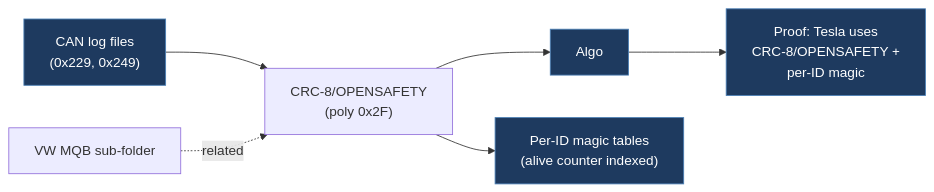
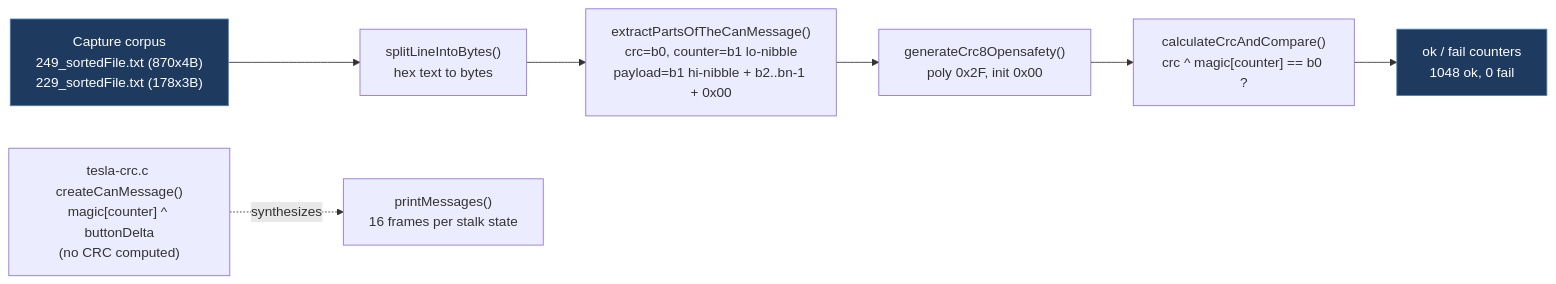
Before and after one commit to babico/TeslaCANModder: the diagram in docs/legacy/uhi22-tesla-crc.md, drawn with Mermaid. The commit also changed other lines of this file and 99 other files, not shown here.

````diff
--- a/docs/legacy/uhi22-tesla-crc.md
+++ b/docs/legacy/uhi22-tesla-crc.md
@@ -19,10 +71,11 @@
 ```mermaid
 flowchart LR
-    Log["CAN log files<br/>(0x229, 0x249)"] --> C["C analysis toolkit"]
-    C["CRC-8/OPENSAFETY<br/>(poly 0x2F)"] --> Algo
-    C --> Magic["Per-ID magic tables<br/>(alive counter indexed)"]
-    Algo --> Prove["Proof: Tesla uses<br/>CRC-8/OPENSAFETY +<br/>per-ID magic"]
-    VWMQB["VW MQB sub-folder"] -.->|related| C
-    classDef path fill:#1e3a5f,stroke:#4a7fb5,color:#fff
-    class Log,Algo,Magic,Prove path
+    Log["Capture corpus<br/>249_sortedFile.txt (870x4B)<br/>229_sortedFile.txt (178x3B)"] --> Split["splitLineIntoBytes()<br/>hex text to bytes"]
+    Split --> Extract["extractPartsOfTheCanMessage()<br/>crc=b0, counter=b1 lo-nibble<br/>payload=b1 hi-nibble + b2..bn-1 + 0x00"]
+    Extract --> Crc["generateCrc8Opensafety()<br/>poly 0x2F, init 0x00"]
+    Crc --> Cmp["calculateCrcAndCompare()<br/>crc ^ magic[counter] == b0 ?"]
+    Cmp --> Stats["ok / fail counters<br/>1048 ok, 0 fail"]
+    Gen["tesla-crc.c createCanMessage()<br/>magic[counter] ^ buttonDelta<br/>(no CRC computed)"] -.synthesizes.-> Out["printMessages()<br/>16 frames per stalk state"]
+    classDef capture fill:#1e3a5f,stroke:#4a7fb5,color:#fff
+    class Log,Stats capture
 ```
````
